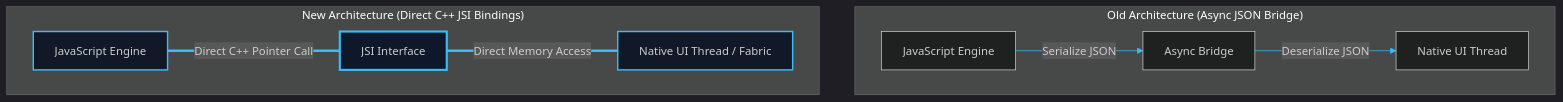
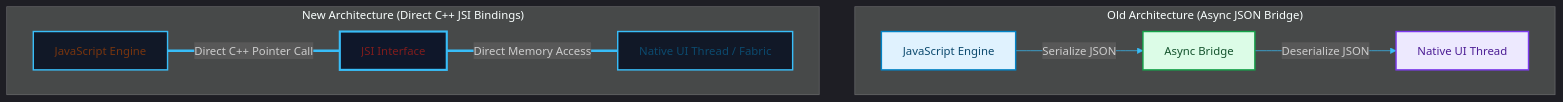
One commit to akmalkhaniub/akmalkhaniub.github.io changed the diagram in blog/posts/react-native-new-architecture-jsi.md. Above: the diagram before and after it, drawn with Mermaid. The commit also changed other lines of this file and 1291 other files, not shown here.

First line of the commit message:
feat(catalog): unique covers, scholarly references, and diagram palettes

````diff
--- a/blog/posts/react-native-new-architecture-jsi.md
+++ b/blog/posts/react-native-new-architecture-jsi.md
@@ -18,17 +18,28 @@
 ```mermaid
 %%{init: {'theme': 'dark', 'themeVariables': { 'primaryColor': '#38bdf8', 'primaryTextColor': '#f3f4f6', 'primaryBorderColor': '#0ea5e9', 'lineColor': '#38bdf8', 'secondaryColor': '#111827', 'tertiaryColor': '#0b0f19'}}}%%
 flowchart TD
     subgraph SG1_OldArchitectureAsync ["Old Architecture (Async JSON Bridge)"]
-        JS_Old[JavaScript Engine] -->|Serialize JSON| Bridge[Async Bridge]
-        Bridge -->|Deserialize JSON| Native_Old[Native UI Thread]
+        JS_Old["JavaScript Engine"] -->|Serialize JSON| Bridge["Async Bridge"]
+        Bridge -->|Deserialize JSON| Native_Old["Native UI Thread"]
     end
 
     subgraph SG2_NewArchitectureDirect ["New Architecture (Direct C++ JSI Bindings)"]
-        JS_New[JavaScript Engine] ===|Direct C++ Pointer Call| JSI[JSI Interface]
-        JSI ===|Direct Memory Access| Native_New[Native UI Thread / Fabric]
+        JS_New["JavaScript Engine"] ===|Direct C++ Pointer Call| JSI["JSI Interface"]
+        JSI ===|Direct Memory Access| Native_New["Native UI Thread / Fabric"]
     end
     
     style JS_New fill:#111827,stroke:#38bdf8,stroke-width:2px
     style Native_New fill:#111827,stroke:#38bdf8,stroke-width:2px
     style JSI fill:#0f172a,stroke:#38bdf8,stroke-width:3px
+
+classDef green fill:#dcfce7,stroke:#16a34a,stroke-width:2px,color:#14532d;
+classDef red fill:#fee2e2,stroke:#dc2626,stroke-width:2px,color:#7f1d1d;
+classDef blue fill:#e0f2fe,stroke:#0284c7,stroke-width:2px,color:#0c4a6e;
+classDef yellow fill:#fef3c7,stroke:#d97706,stroke-width:2px,color:#78350f;
+classDef purple fill:#ede9fe,stroke:#7c3aed,stroke-width:2px,color:#4c1d95;
+class JS_Old,Native_New blue
+class Bridge green
+class Native_Old purple
+class JS_New yellow
+class JSI red
 ```
````
